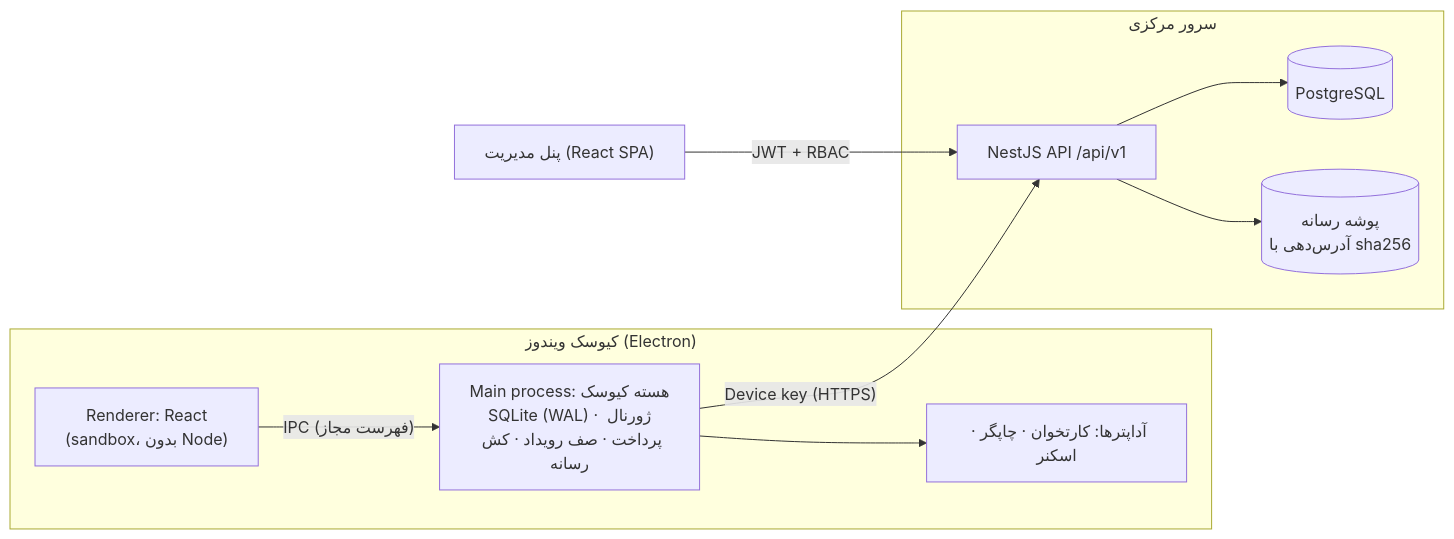
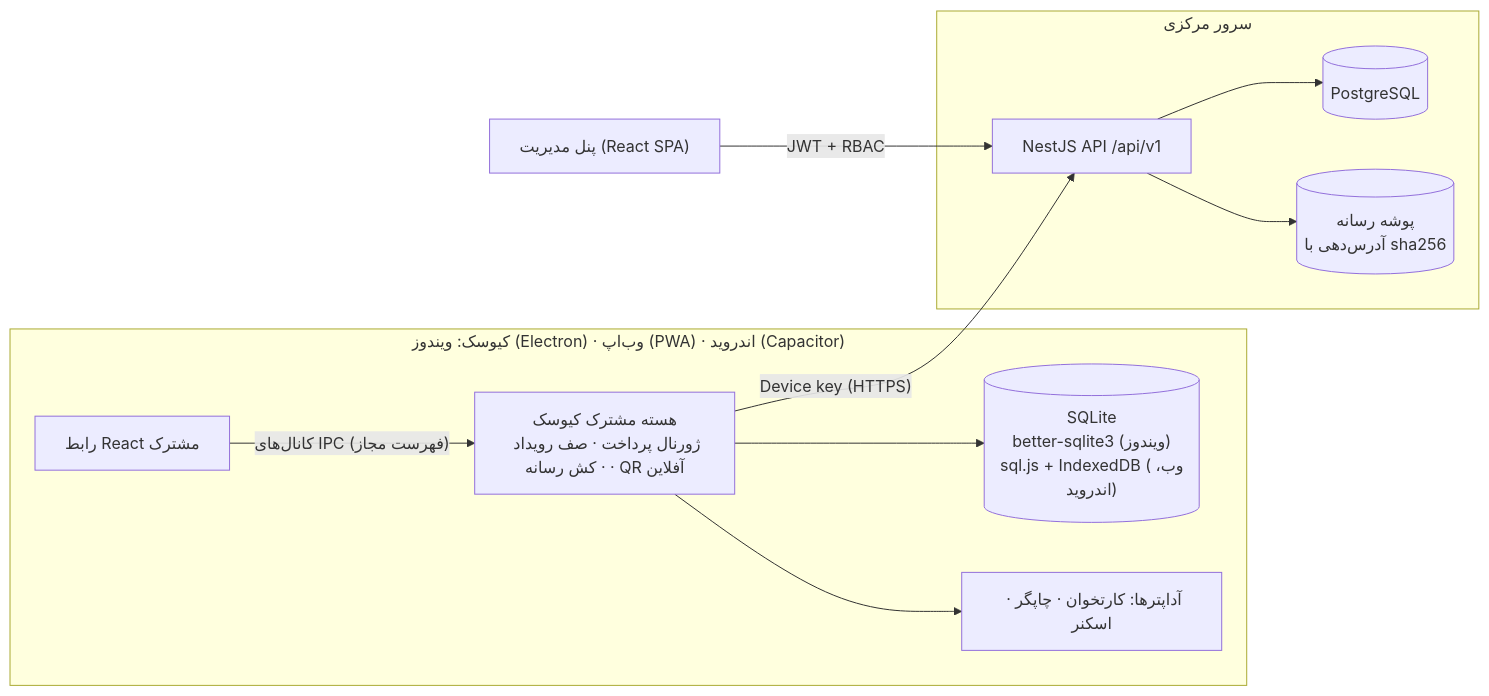
Before and after one commit to daneshavaran123-lab/andishkadeh: the first of 5 diagrams in docs/architecture.md, drawn with Mermaid. The commit also changed other lines of this file and 8 other files, not shown here.

````diff
--- a/docs/architecture.md
+++ b/docs/architecture.md
@@ -5,19 +5,21 @@
 ```mermaid
 flowchart LR
-  subgraph Kiosk["کیوسک ویندوز (Electron)"]
-    UI["Renderer: React<br/>(sandbox، بدون Node)"]
-    Core["Main process: هسته کیوسک<br/>SQLite (WAL) · ژورنال پرداخت · صف رویداد · کش رسانه"]
+  subgraph Kiosk["کیوسک: ویندوز (Electron) · وب‌اپ (PWA) · اندروید (Capacitor)"]
+    UI["رابط React مشترک"]
+    Core["هسته مشترک کیوسک<br/>ژورنال پرداخت · صف رویداد · کش رسانه · QR آفلاین"]
+    Store[("SQLite<br/>better-sqlite3 (ویندوز)<br/>sql.js + IndexedDB (وب، اندروید)")]
     HW["آداپترها: کارتخوان · چاپگر · اسکنر"]
-    UI -- "IPC (فهرست مجاز)" --> Core
+    UI -- "کانال‌های IPC (فهرست مجاز)" --> Core
+    Core --> Store
     Core --> HW
   end
   subgraph Server["سرور مرکزی"]
     API["NestJS API /api/v1"]
     DB[("PostgreSQL")]
     Media[("پوشه رسانه<br/>آدرس‌دهی با sha256")]
     API --> DB
     API --> Media
   end
   Admin["پنل مدیریت (React SPA)"] -- "JWT + RBAC" --> API
   Core -- "Device key (HTTPS)" --> API
 ```
````
